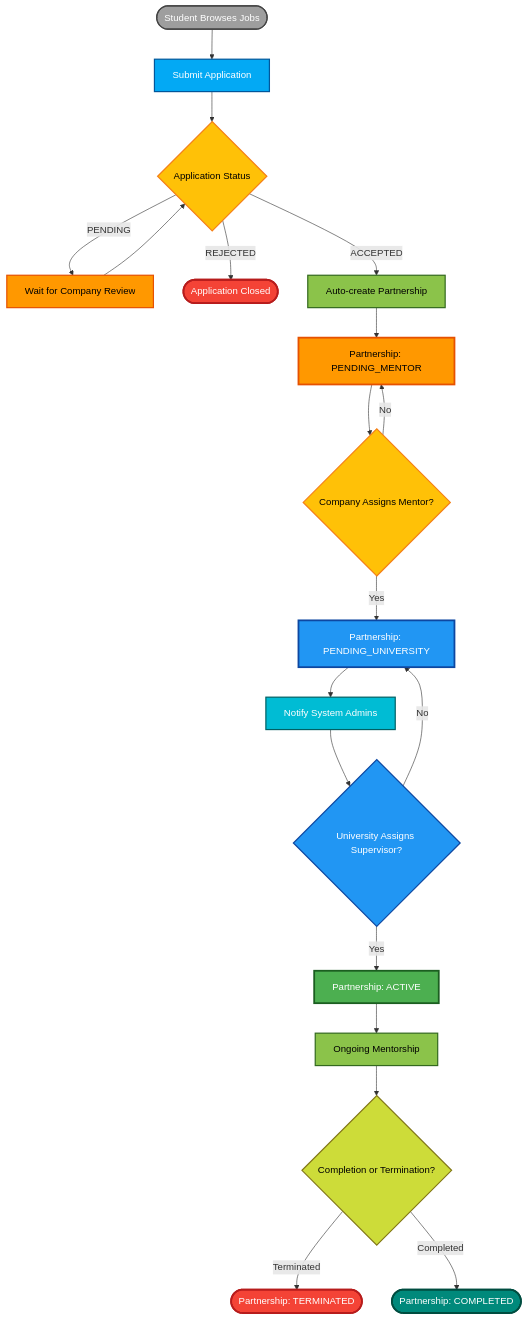
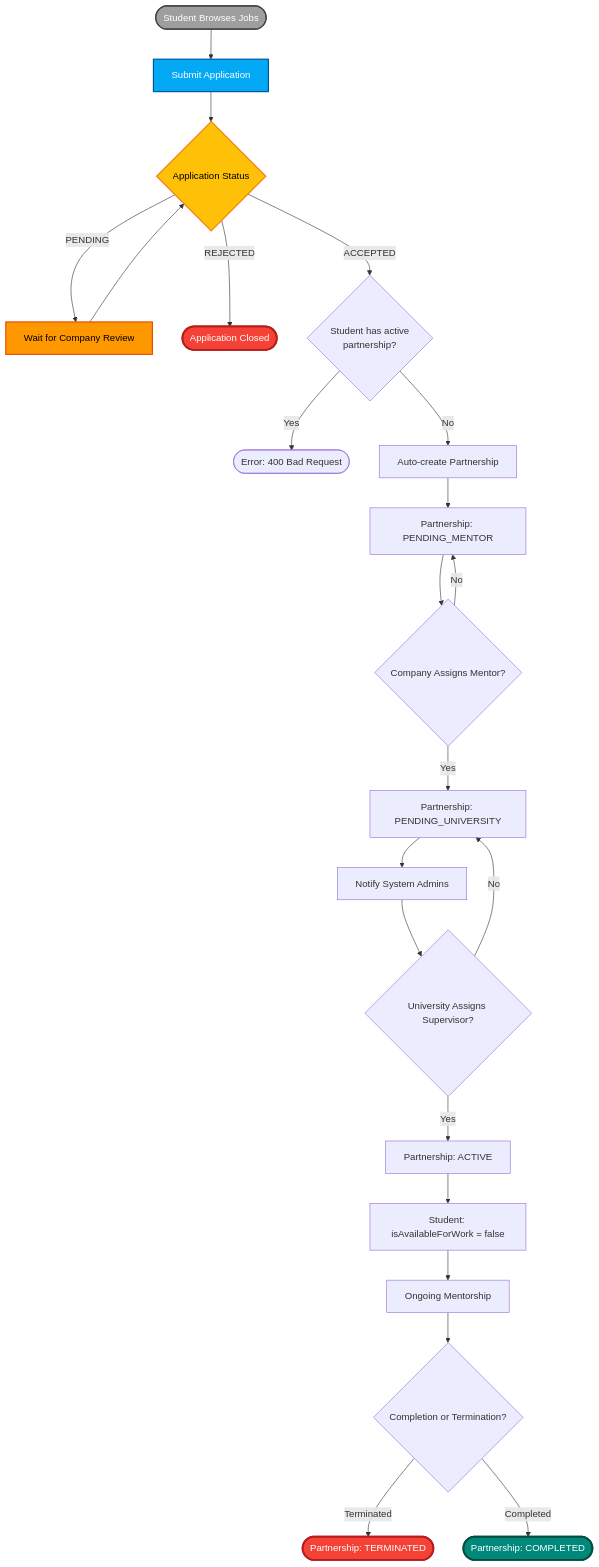
One commit to myloo23/dual-kepzes-frontend changed the seventh of 10 diagrams in backendreadme.md. Above: the diagram before and after it, drawn with Mermaid. The commit also changed other lines of this file and 3 other files, not shown here.

````diff
--- a/backendreadme.md
+++ b/backendreadme.md
@@ -497,44 +477,40 @@
 ```mermaid
 flowchart TD
     Start([Student Browses Jobs]) --> Apply[Submit Application]
     Apply --> Status{Application Status}
 
     Status -->|PENDING| Wait[Wait for Company Review]
     Wait --> Status
 
     Status -->|REJECTED| End1([Application Closed])
 
-    Status -->|ACCEPTED| CreatePartnership[Auto-create Partnership]
+    Status -->|ACCEPTED| CheckActive{Student has active<br/>partnership?}
+
+    CheckActive -->|Yes| End4([Error: 400 Bad Request])
+    CheckActive -->|No| CreatePartnership[Auto-create Partnership]
+
     CreatePartnership --> P1[Partnership: PENDING_MENTOR]
 
     P1 --> AssignMentor{Company Assigns Mentor?}
     AssignMentor -->|Yes| P2[Partnership: PENDING_UNIVERSITY]
     AssignMentor -->|No| P1
 
     P2 --> Notify1[Notify System Admins]
     Notify1 --> AssignUni{University Assigns Supervisor?}
     AssignUni -->|Yes| P3[Partnership: ACTIVE]
+    P3 --> SetAvail[Student: isAvailableForWork = false]
+    SetAvail --> Monitor[Ongoing Mentorship]
     AssignUni -->|No| P2
-
-    P3 --> Monitor[Ongoing Mentorship]
     Monitor --> Complete{Completion or Termination?}
     Complete -->|Terminated| End2([Partnership: TERMINATED])
     Complete -->|Completed| End3([Partnership: COMPLETED])
 
     style Start fill:#9e9e9e,stroke:#424242,stroke-width:2px,color:#fff
     style Apply fill:#03a9f4,stroke:#01579b,stroke-width:2px,color:#fff
     style Status fill:#ffc107,stroke:#f57f17,stroke-width:2px,color:#000
     style Wait fill:#ff9800,stroke:#e65100,stroke-width:2px,color:#000
     style End1 fill:#f44336,stroke:#b71c1c,stroke-width:3px,color:#fff
-    style CreatePartnership fill:#8bc34a,stroke:#33691e,stroke-width:2px,color:#000
-    style P1 fill:#ff9800,stroke:#e65100,stroke-width:3px,color:#000
-    style AssignMentor fill:#ffc107,stroke:#f57f17,stroke-width:2px,color:#000
-    style P2 fill:#2196f3,stroke:#0d47a1,stroke-width:3px,color:#fff
-    style Notify1 fill:#00bcd4,stroke:#006064,stroke-width:2px,color:#fff
-    style AssignUni fill:#2196f3,stroke:#0d47a1,stroke-width:2px,color:#fff
-    style P3 fill:#4caf50,stroke:#1b5e20,stroke-width:3px,color:#fff
-    style Monitor fill:#8bc34a,stroke:#33691e,stroke-width:2px,color:#000
-    style Complete fill:#cddc39,stroke:#827717,stroke-width:2px,color:#000
     style End2 fill:#f44336,stroke:#b71c1c,stroke-width:3px,color:#fff
     style End3 fill:#00897b,stroke:#004d40,stroke-width:3px,color:#fff
+
 ```
````
